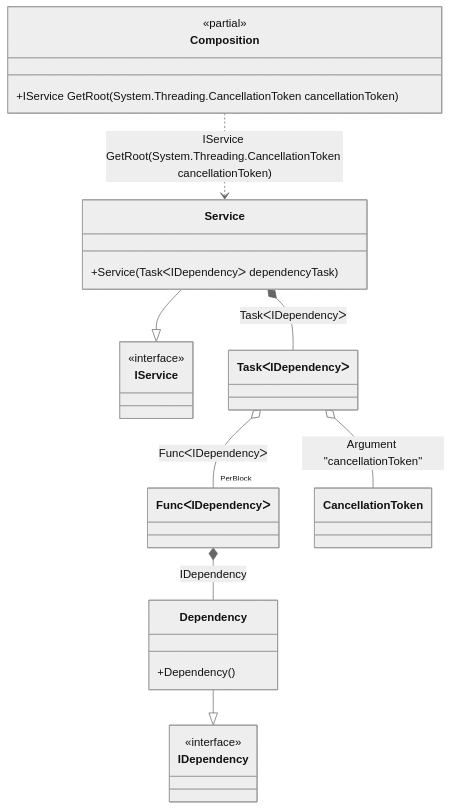
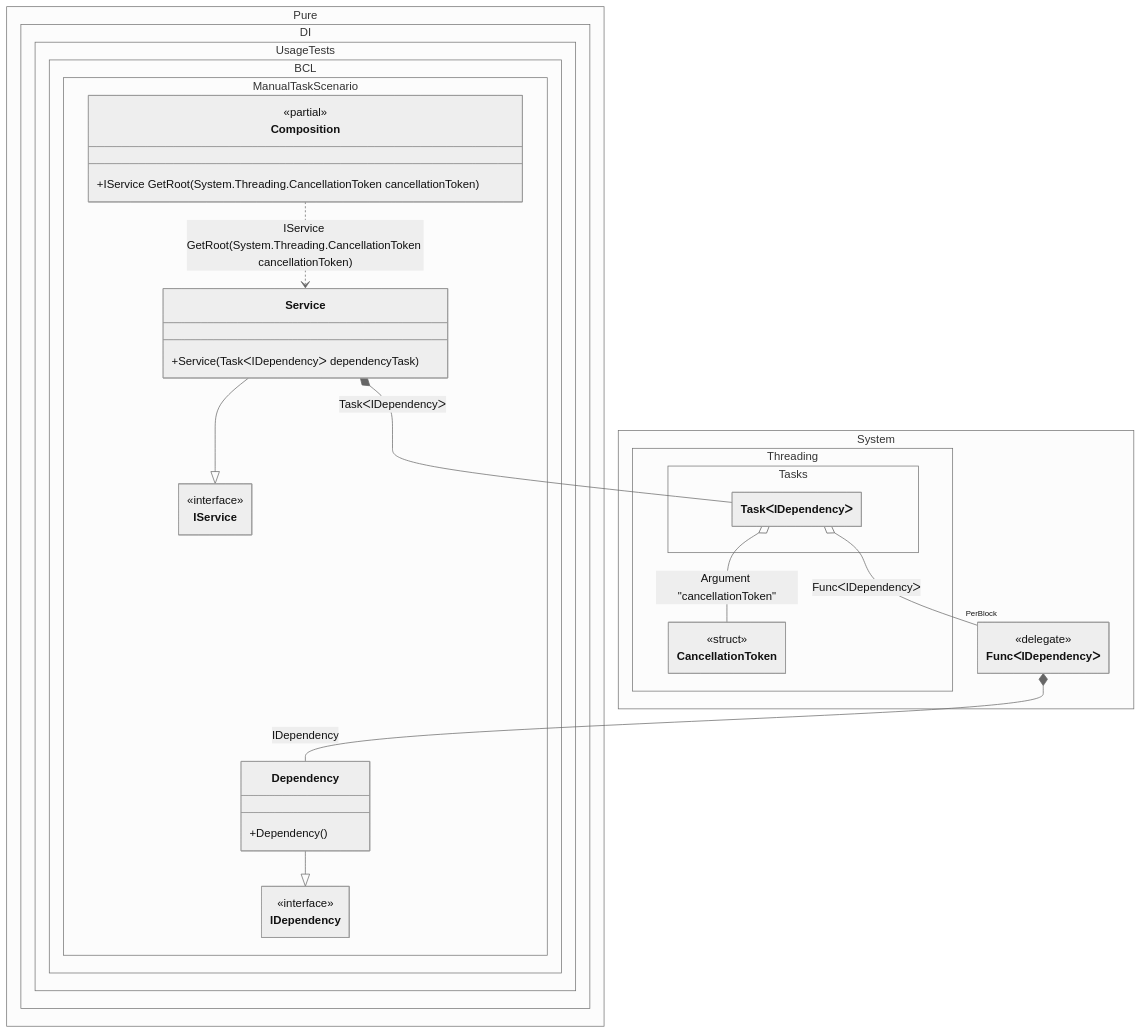
The diagram in readme/manually-started-tasks.md (DevTeam/Pure.DI), drawn with Mermaid (neutral theme) before and after one commit. The commit also changed 103 other files, not shown here.

Commit message:
Improved class diagrams

````diff
--- a/readme/manually-started-tasks.md
+++ b/readme/manually-started-tasks.md
@@ -110,29 +110,47 @@
 ```mermaid
+---
+ config:
+  class:
+   hideEmptyMembersBox: true
+---
 classDiagram
-	class Composition {
-		<<partial>>
-		+IService GetRoot(System.Threading.CancellationToken cancellationToken)
-	}
 	Service --|> IService
-	class Service {
-		+Service(TaskᐸIDependencyᐳ dependencyTask)
-	}
-	class TaskᐸIDependencyᐳ
-	class FuncᐸIDependencyᐳ
-	class CancellationToken
 	Dependency --|> IDependency
-	class Dependency {
-		+Dependency()
-	}
-	class IService {
-		<<interface>>
-	}
-	class IDependency {
-		<<interface>>
-	}
 	Composition ..> Service : IService GetRoot(System.Threading.CancellationToken cancellationToken)
 	Service *--  TaskᐸIDependencyᐳ : TaskᐸIDependencyᐳ
 	TaskᐸIDependencyᐳ o-- "PerBlock" FuncᐸIDependencyᐳ : FuncᐸIDependencyᐳ
 	TaskᐸIDependencyᐳ o-- CancellationToken : Argument "cancellationToken"
 	FuncᐸIDependencyᐳ *--  Dependency : IDependency
+	namespace Pure.DI.UsageTests.BCL.ManualTaskScenario {
+		class Composition {
+		<<partial>>
+		+IService GetRoot(System.Threading.CancellationToken cancellationToken)
+		}
+		class Dependency {
+			+Dependency()
+		}
+		class IDependency {
+			<<interface>>
+		}
+		class IService {
+			<<interface>>
+		}
+		class Service {
+			+Service(TaskᐸIDependencyᐳ dependencyTask)
+		}
+	}
+	namespace System {
+		class FuncᐸIDependencyᐳ {
+				<<delegate>>
+		}
+	}
+	namespace System.Threading {
+		class CancellationToken {
+				<<struct>>
+		}
+	}
+	namespace System.Threading.Tasks {
+		class TaskᐸIDependencyᐳ {
+		}
+	}
 ```
````
